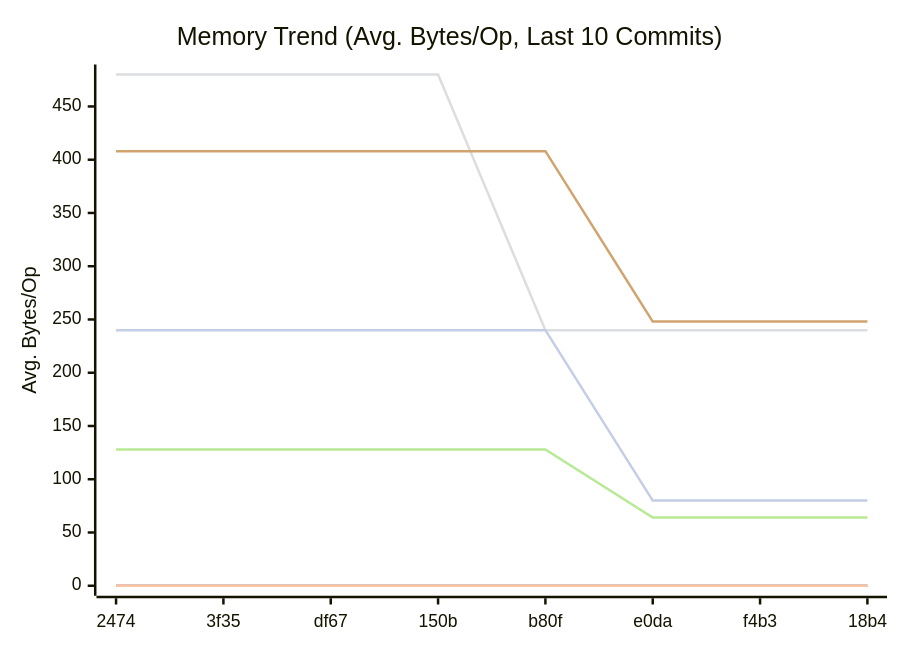
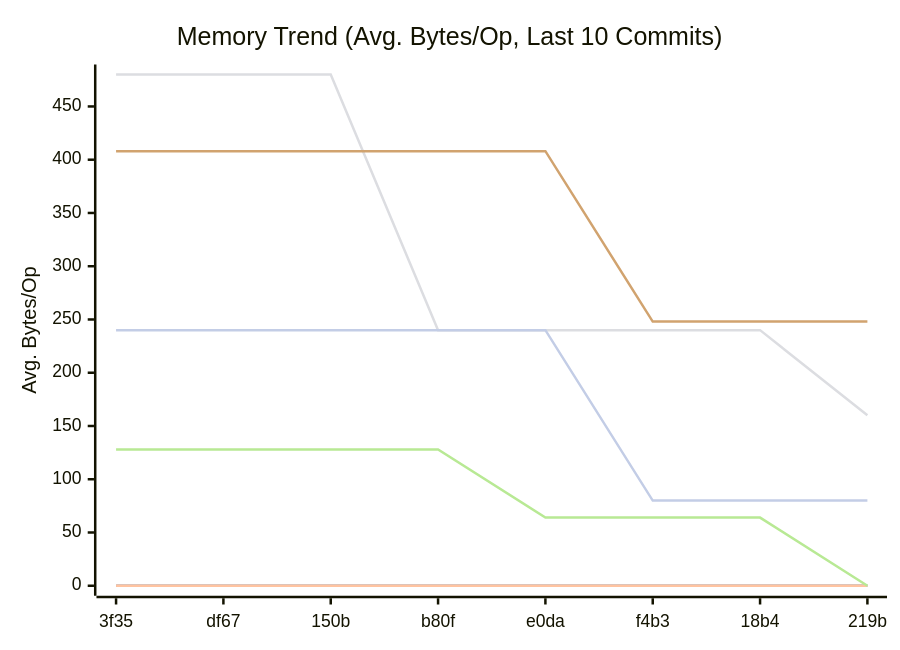
One commit to alsotoes/momo changed the second of 3 diagrams in docs/README.md. Above: the diagram before and after it, drawn with Mermaid. The commit also changed other lines of this file and 1 other file, not shown here.

````diff
--- a/docs/README.md
+++ b/docs/README.md
@@ -180,14 +183,14 @@
 ```mermaid
 xychart-beta
     title "Memory Trend (Avg. Bytes/Op, Last 10 Commits)"
     x-axis "Commit"
     y-axis "Avg. Bytes/Op"
-    x-axis [2474,3f35,df67,150b,b80f,e0da,f4b3,18b4]
+    x-axis [3f35,df67,150b,b80f,e0da,f4b3,18b4,219b]
     line "CheckMetricsAndSwap" [0,0,0,0,0,0,0,0,0,0]
     line "IndexDirectTracking" [0,0,0,0,0,0,0,0,0,0]
     line "IndexSearch" [0,0,0,0,0,0,0,0,0,0]
-    line "LoadGlobalConfig" [480,480,480,480,240,240,240,240,160,160]
-    line "PadString" [128,128,128,128,128,64,64,64,0,0]
+    line "LoadGlobalConfig" [480,480,480,240,240,240,240,160,160,0]
+    line "PadString" [128,128,128,128,64,64,64,0,0,0]
     line "ParseReplicationOrder_NoPrealloc" [408,408,408,408,408,248,248,248,248,248]
     line "ParseReplicationOrder_Prealloc" [240,240,240,240,240,80,80,80,80,80]
 ```
````
